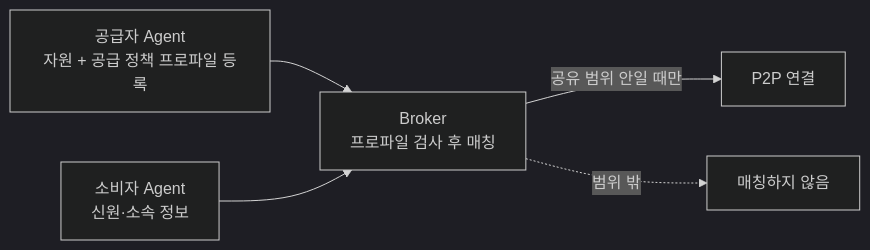
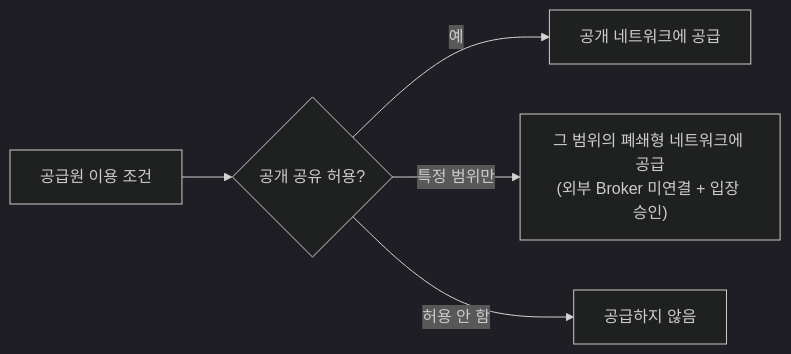
The first of 2 diagrams in docs/feasibility-and-compliance.md (tanminkwan/share-ur-tokens), drawn with Mermaid (dark theme) before and after one commit. The commit also changed other lines of this file and 10 other files, not shown here.

First line of the commit message:
docs: Add public and closed network deployment modes

````diff
--- a/docs/feasibility-and-compliance.md
+++ b/docs/feasibility-and-compliance.md
@@ -37,7 +38,7 @@
 ```mermaid
 flowchart LR
-    Provider["공급자 Agent<br/>자원 + 공급 정책 프로파일 등록"] --> Broker["Broker<br/>프로파일 검사 후 매칭"]
-    Consumer["소비자 Agent<br/>신원·소속 정보"] --> Broker
-    Broker -->|"공유 범위 안일 때만"| Match["P2P 연결"]
-    Broker -.->|"범위 밖"| Reject["매칭하지 않음"]
+    Terms["공급원 이용 조건"] --> Choice{"공개 공유 허용?"}
+    Choice -->|"예"| Public["공개 네트워크에 공급"]
+    Choice -->|"특정 범위만"| Closed["그 범위의 폐쇄형 네트워크에 공급<br/>(외부 Broker 미연결 + 입장 승인)"]
+    Choice -->|"허용 안 함"| None["공급하지 않음"]
 ```
````
